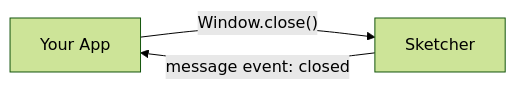
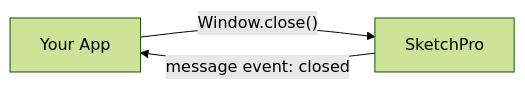
Before and after one commit to woolpert-digital-innovations/sketcher-sdk: diagram 15 of 15 in docs/integration-guide.md, drawn with Mermaid (forest theme). The commit also changed other lines of this file and 4 other files, not shown here.

````diff
--- a/docs/integration-guide.md
+++ b/docs/integration-guide.md
@@ -214,5 +425,5 @@
 ```mermaid
 graph LR;
-    app[Your App]-- "Window.close()" -->sa[Sketcher];
-    sa[Sketcher]-- message event: closed -->app;
+    app[Your App]-- "Window.close()" -->sa[SketchPro];
+    sa[SketchPro]-- message event: closed -->app;
 ```
````
